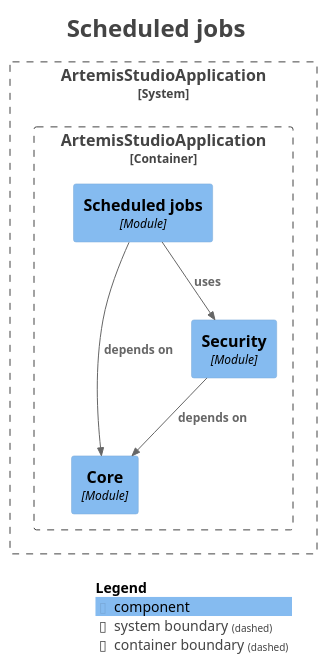
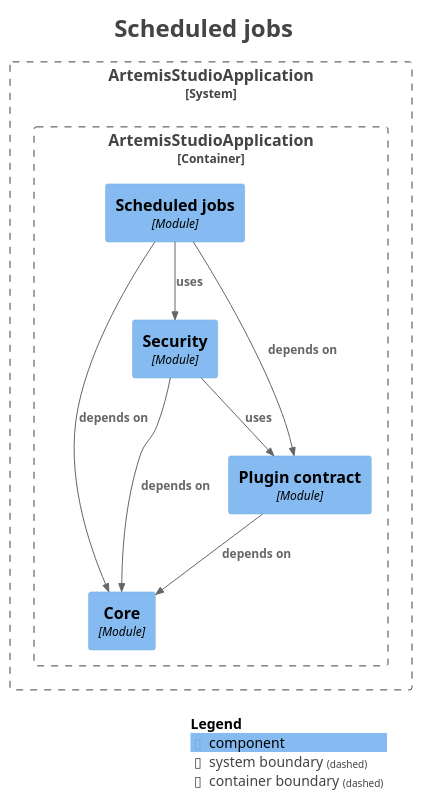
One commit to sudoitir/artemis-studio changed the diagram in docs/modules/module-kernel.jobs.puml. Above: the diagram before and after it, drawn with PlantUML. The commit also changed 71 other files, not shown here.

```diff
--- a/docs/modules/module-kernel.jobs.puml
+++ b/docs/modules/module-kernel.jobs.puml
@@ -1,33 +1,37 @@
 @startuml
 title <size:24>Scheduled jobs</size>
 
 set separator none
 top to bottom direction
 
 <style>
   root {
     BackgroundColor: #ffffff
     FontColor: #444444
   }
 </style>
 
 !include <C4/C4>
 !include <C4/C4_Context>
 !include <C4/C4_Component>
 
 System_Boundary("ArtemisStudioApplication_boundary", "ArtemisStudioApplication", $tags="") {
   Container_Boundary("ArtemisStudioApplication.ArtemisStudioApplication_boundary", "ArtemisStudioApplication", $tags="") {
     Component(ArtemisStudioApplication.ArtemisStudioApplication.Core, "Core", $techn="Module", $descr="", $tags="", $link="")
+    Component(ArtemisStudioApplication.ArtemisStudioApplication.Plugincontract, "Plugin contract", $techn="Module", $descr="", $tags="", $link="")
     Component(ArtemisStudioApplication.ArtemisStudioApplication.Security, "Security", $techn="Module", $descr="", $tags="", $link="")
     Component(ArtemisStudioApplication.ArtemisStudioApplication.Scheduledjobs, "Scheduled jobs", $techn="Module", $descr="", $tags="", $link="")
   }
 
 }
 
+Rel(ArtemisStudioApplication.ArtemisStudioApplication.Plugincontract, ArtemisStudioApplication.ArtemisStudioApplication.Core, "depends on", $techn="", $tags="", $link="")
 Rel(ArtemisStudioApplication.ArtemisStudioApplication.Scheduledjobs, ArtemisStudioApplication.ArtemisStudioApplication.Core, "depends on", $techn="", $tags="", $link="")
+Rel(ArtemisStudioApplication.ArtemisStudioApplication.Scheduledjobs, ArtemisStudioApplication.ArtemisStudioApplication.Plugincontract, "depends on", $techn="", $tags="", $link="")
 Rel(ArtemisStudioApplication.ArtemisStudioApplication.Scheduledjobs, ArtemisStudioApplication.ArtemisStudioApplication.Security, "uses", $techn="", $tags="", $link="")
 Rel(ArtemisStudioApplication.ArtemisStudioApplication.Security, ArtemisStudioApplication.ArtemisStudioApplication.Core, "depends on", $techn="", $tags="", $link="")
+Rel(ArtemisStudioApplication.ArtemisStudioApplication.Security, ArtemisStudioApplication.ArtemisStudioApplication.Plugincontract, "uses", $techn="", $tags="", $link="")
 
 SHOW_LEGEND(true)
 hide stereotypes
 @enduml
```
